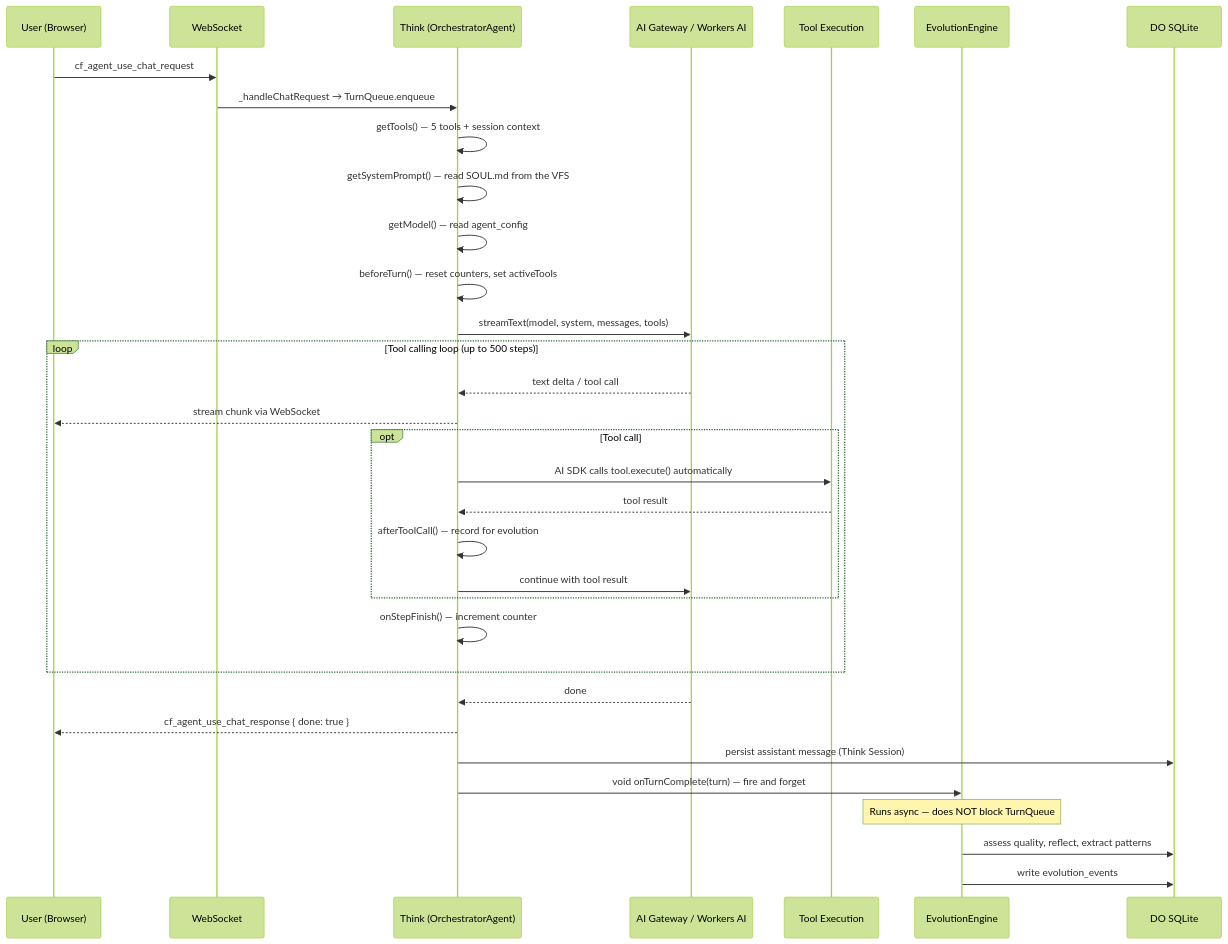
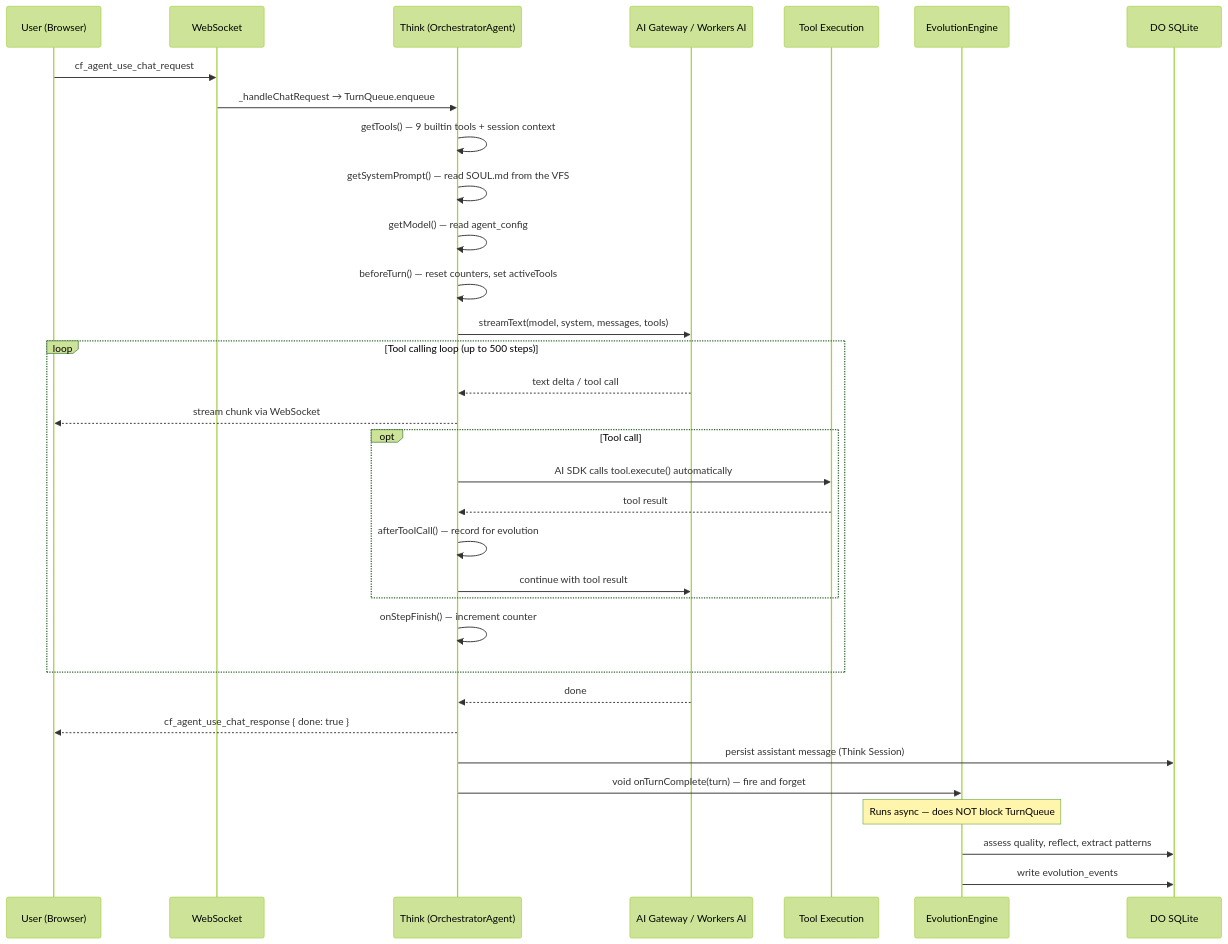
The first of 3 diagrams in docs/ARCHITECTURE.md (AshishKumar4/Proteus), drawn with Mermaid (forest theme) before and after one commit. The commit also changed 4 other files, not shown here.

````diff
--- a/docs/ARCHITECTURE.md
+++ b/docs/ARCHITECTURE.md
@@ -75,36 +75,36 @@
 ```mermaid
 sequenceDiagram
     participant U as User (Browser)
     participant WS as WebSocket
     participant T as Think (OrchestratorAgent)
     participant LLM as AI Gateway / Workers AI
     participant Tools as Tool Execution
     participant Evo as EvolutionEngine
     participant DB as DO SQLite
 
     U->>WS: cf_agent_use_chat_request
     WS->>T: _handleChatRequest → TurnQueue.enqueue
-    T->>T: getTools() — 5 tools + session context
+    T->>T: getTools() — 9 builtin tools + session context
     T->>T: getSystemPrompt() — read SOUL.md from the VFS
     T->>T: getModel() — read agent_config
     T->>T: beforeTurn() — reset counters, set activeTools
     T->>LLM: streamText(model, system, messages, tools)
     loop Tool calling loop (up to 500 steps)
         LLM-->>T: text delta / tool call
         T-->>U: stream chunk via WebSocket
         opt Tool call
             T->>Tools: AI SDK calls tool.execute() automatically
             Tools-->>T: tool result
             T->>T: afterToolCall() — record for evolution
             T->>LLM: continue with tool result
         end
         T->>T: onStepFinish() — increment counter
     end
     LLM-->>T: done
     T-->>U: cf_agent_use_chat_response { done: true }
     T->>DB: persist assistant message (Think Session)
     T->>Evo: void onTurnComplete(turn) — fire and forget
     Note over Evo: Runs async — does NOT block TurnQueue
     Evo->>DB: assess quality, reflect, extract patterns
     Evo->>DB: write evolution_events
 ```
````
